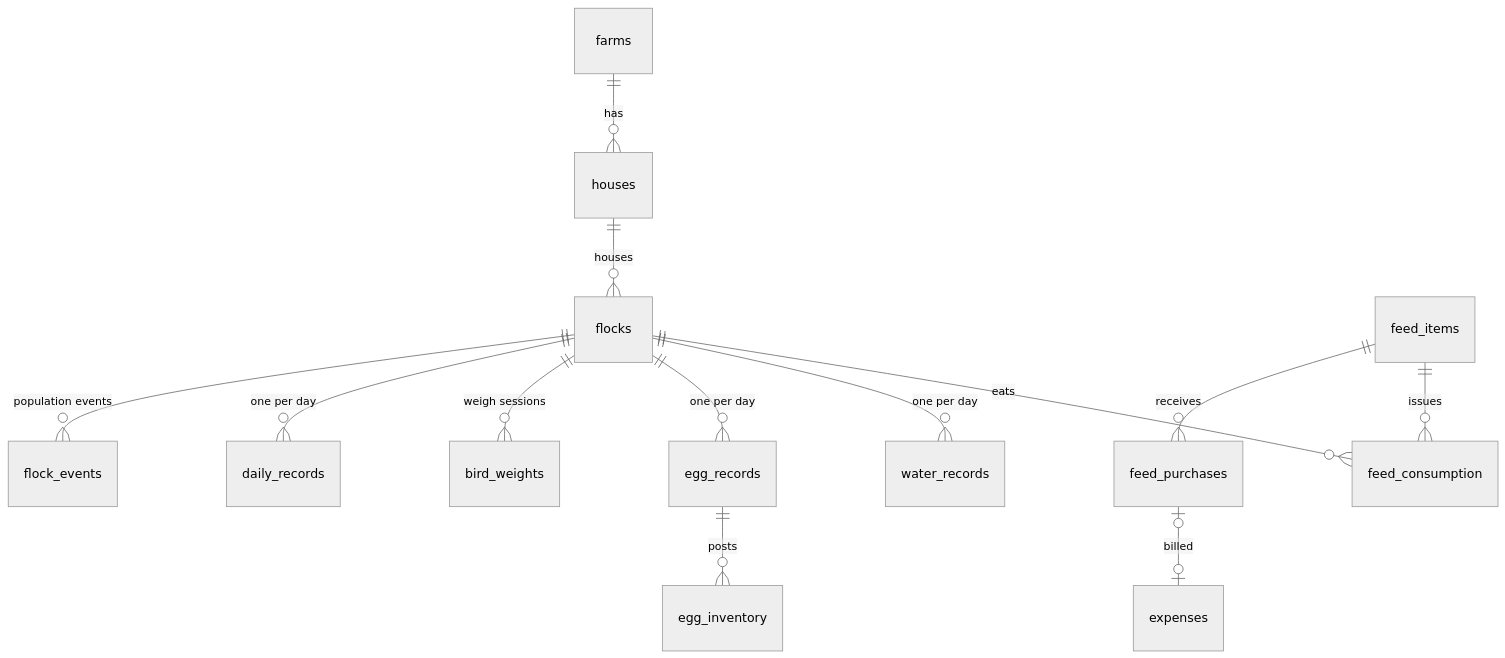
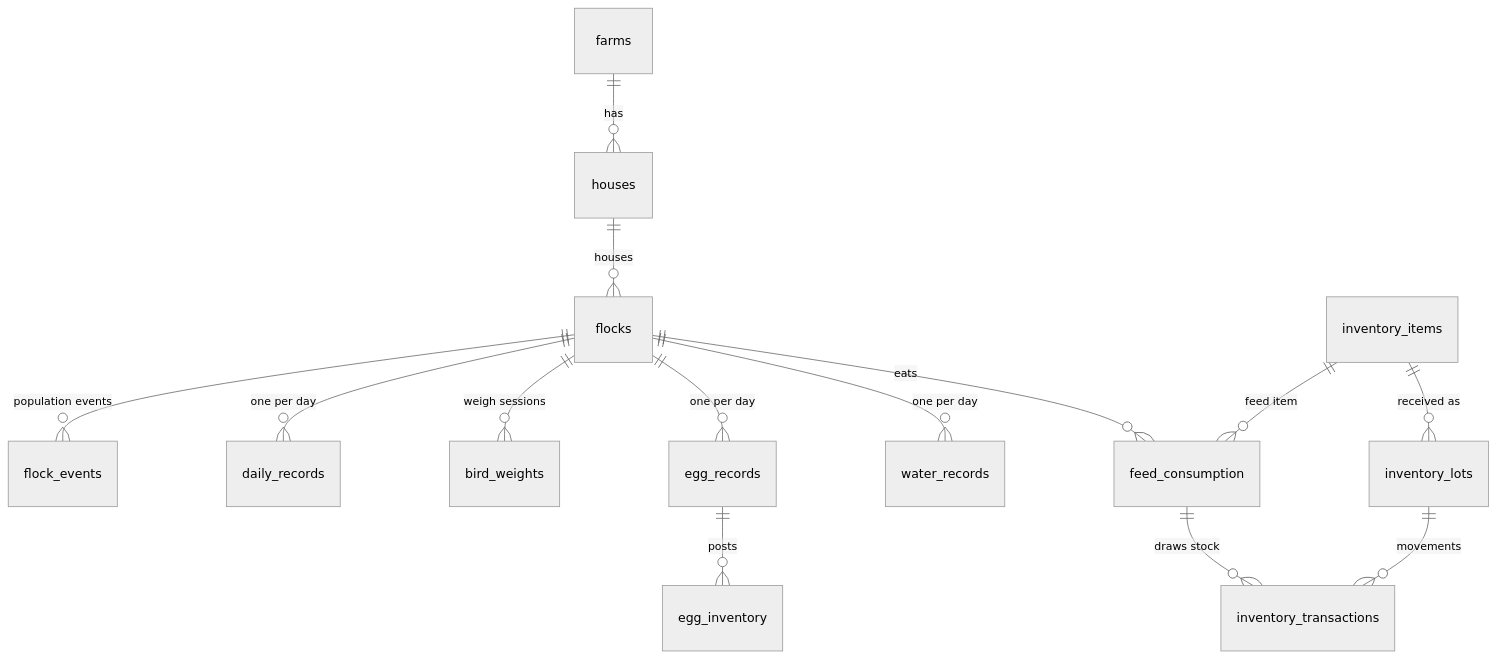
One commit to developers-gem/poultry-pilot changed the second of 6 diagrams in docs/data-model.md. Above: the diagram before and after it, drawn with Mermaid (neutral theme). The commit also changed other lines of this file and 39 other files, not shown here.

Commit message:
FeedWise and inventory: lot-based FEFO stock for all supplies, automatic stock movement, water quality, feed calculations, low-stock/expiry/water alerts with hourly job

````diff
--- a/docs/data-model.md
+++ b/docs/data-model.md
@@ -145,15 +150,16 @@
 ```mermaid
 erDiagram
   farms ||--o{ houses : has
   houses ||--o{ flocks : houses
   flocks ||--o{ flock_events : "population events"
   flocks ||--o{ daily_records : "one per day"
   flocks ||--o{ bird_weights : "weigh sessions"
   flocks ||--o{ egg_records : "one per day"
   egg_records ||--o{ egg_inventory : posts
   flocks ||--o{ water_records : "one per day"
-  feed_items ||--o{ feed_purchases : receives
-  feed_items ||--o{ feed_consumption : issues
+  inventory_items ||--o{ inventory_lots : "received as"
+  inventory_lots ||--o{ inventory_transactions : movements
+  inventory_items ||--o{ feed_consumption : "feed item"
   flocks ||--o{ feed_consumption : eats
-  feed_purchases |o--o| expenses : billed
+  feed_consumption ||--o{ inventory_transactions : "draws stock"
 ```
````
